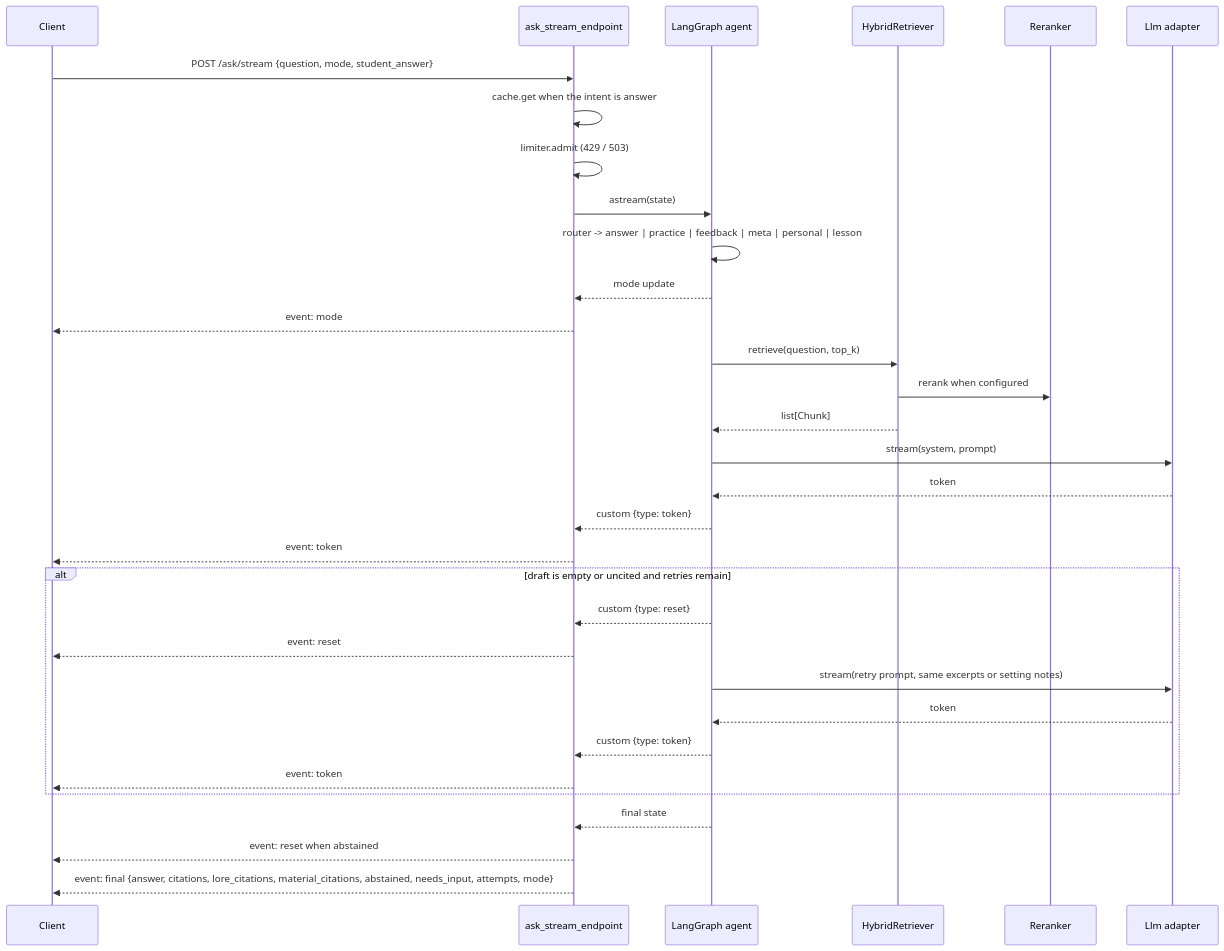
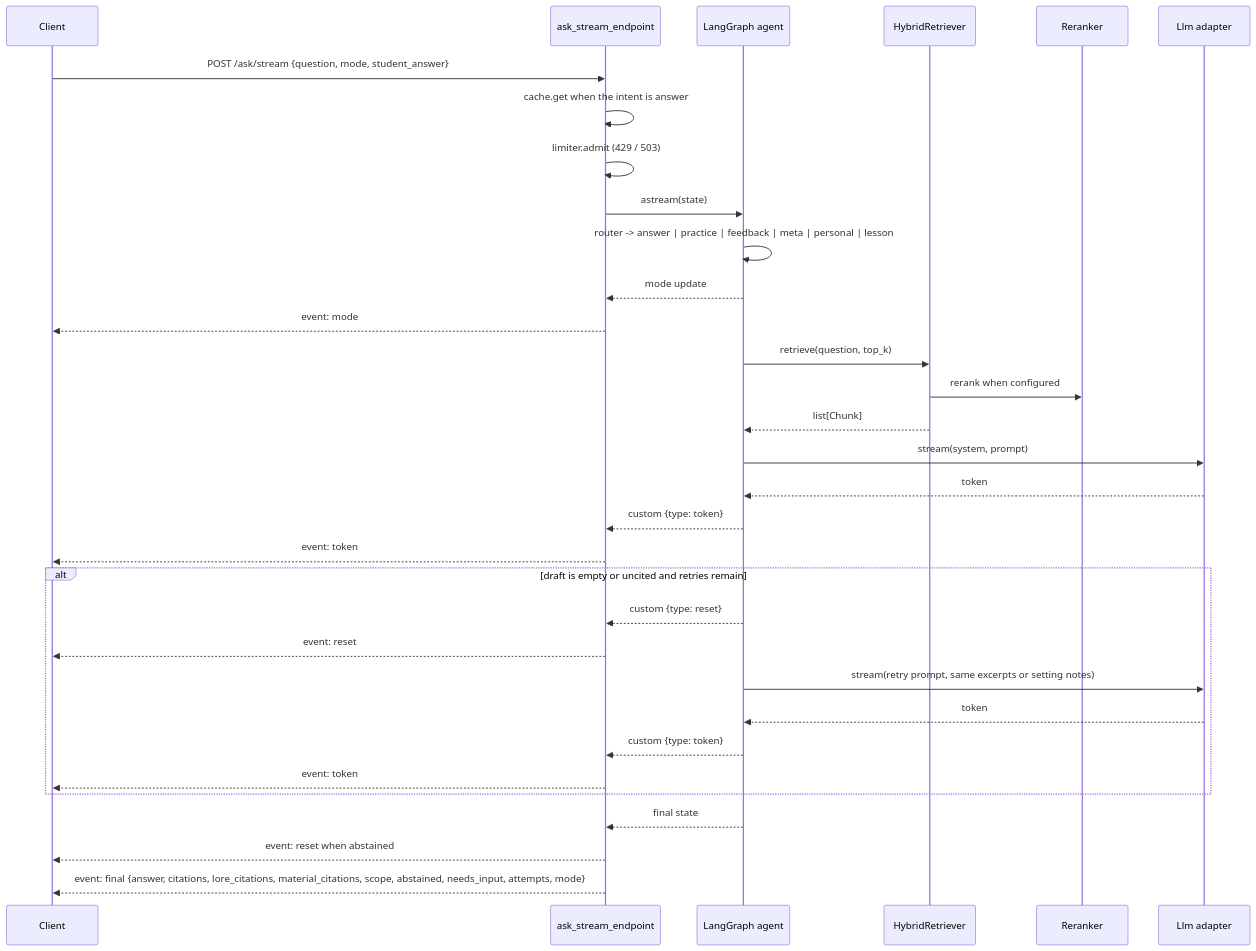
The fifth of 6 diagrams in docs/architecture.md (monitus2022/owl-online), drawn with Mermaid before and after one commit. The commit also changed other lines of this file and 19 other files, not shown here.

````diff
--- a/docs/architecture.md
+++ b/docs/architecture.md
@@ -348,35 +348,35 @@
 ```mermaid
 sequenceDiagram
   participant C as Client
   participant API as ask_stream_endpoint
   participant G as LangGraph agent
   participant R as HybridRetriever
   participant RR as Reranker
   participant LLM as Llm adapter
 
   C->>API: POST /ask/stream {question, mode, student_answer}
   API->>API: cache.get when the intent is answer
   API->>API: limiter.admit (429 / 503)
   API->>G: astream(state)
   G->>G: router -> answer | practice | feedback | meta | personal | lesson
   G-->>API: mode update
   API-->>C: event: mode
   G->>R: retrieve(question, top_k)
   R->>RR: rerank when configured
   R-->>G: list[Chunk]
   G->>LLM: stream(system, prompt)
   LLM-->>G: token
   G-->>API: custom {type: token}
   API-->>C: event: token
   alt draft is empty or uncited and retries remain
     G-->>API: custom {type: reset}
     API-->>C: event: reset
     G->>LLM: stream(retry prompt, same excerpts or setting notes)
     LLM-->>G: token
     G-->>API: custom {type: token}
     API-->>C: event: token
   end
   G-->>API: final state
   API-->>C: event: reset when abstained
-  API-->>C: event: final {answer, citations, lore_citations, material_citations, abstained, needs_input, attempts, mode}
+  API-->>C: event: final {answer, citations, lore_citations, material_citations, scope, abstained, needs_input, attempts, mode}
 ```
````
